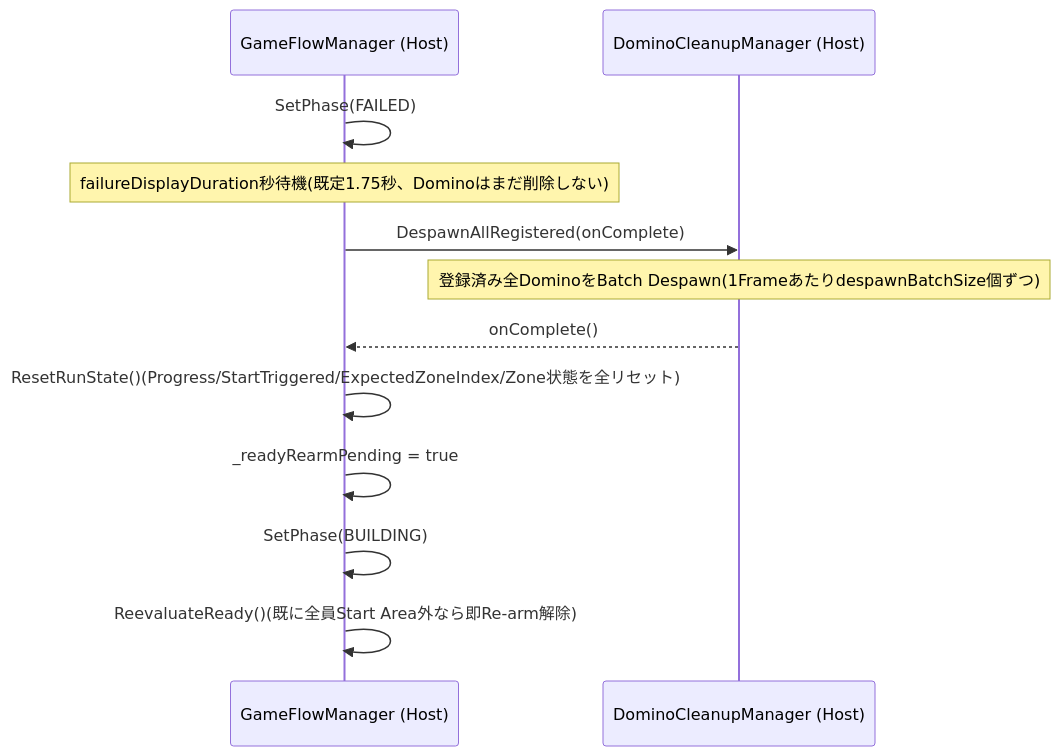
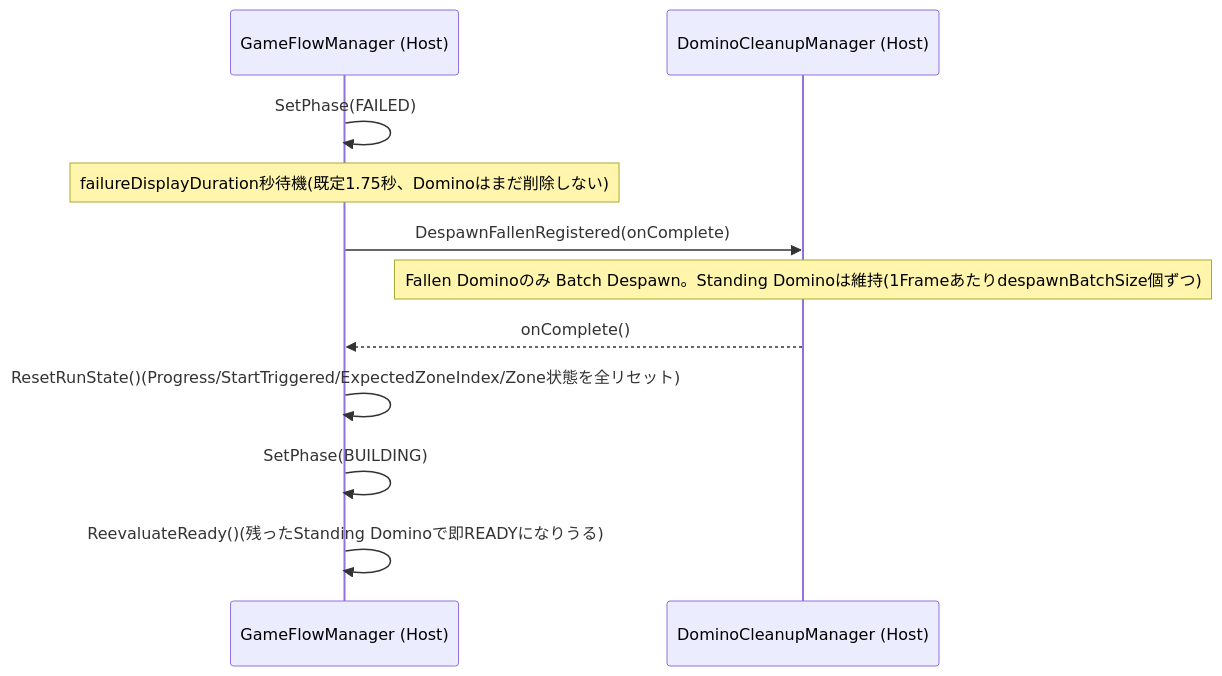
One commit to skygonzaburou/domino-game changed the fourth of 5 diagrams in Docs/GameFlow.md. Above: the diagram before and after it, drawn with Mermaid. The commit also changed other lines of this file and 4 other files, not shown here.

````diff
--- a/Docs/GameFlow.md
+++ b/Docs/GameFlow.md
@@ -428,15 +456,14 @@
 ```mermaid
 sequenceDiagram
     participant GFM as GameFlowManager (Host)
     participant DCM as DominoCleanupManager (Host)
 
     GFM->>GFM: SetPhase(FAILED)
     Note over GFM: failureDisplayDuration秒待機(既定1.75秒、Dominoはまだ削除しない)
-    GFM->>DCM: DespawnAllRegistered(onComplete)
-    Note over DCM: 登録済み全DominoをBatch Despawn(1FrameあたりdespawnBatchSize個ずつ)
+    GFM->>DCM: DespawnFallenRegistered(onComplete)
+    Note over DCM: Fallen Dominoのみ Batch Despawn。Standing Dominoは維持(1FrameあたりdespawnBatchSize個ずつ)
     DCM-->>GFM: onComplete()
     GFM->>GFM: ResetRunState()(Progress/StartTriggered/ExpectedZoneIndex/Zone状態を全リセット)
-    GFM->>GFM: _readyRearmPending = true
     GFM->>GFM: SetPhase(BUILDING)
-    GFM->>GFM: ReevaluateReady()(既に全員Start Area外なら即Re-arm解除)
+    GFM->>GFM: ReevaluateReady()(残ったStanding Dominoで即READYになりうる)
 ```
````
